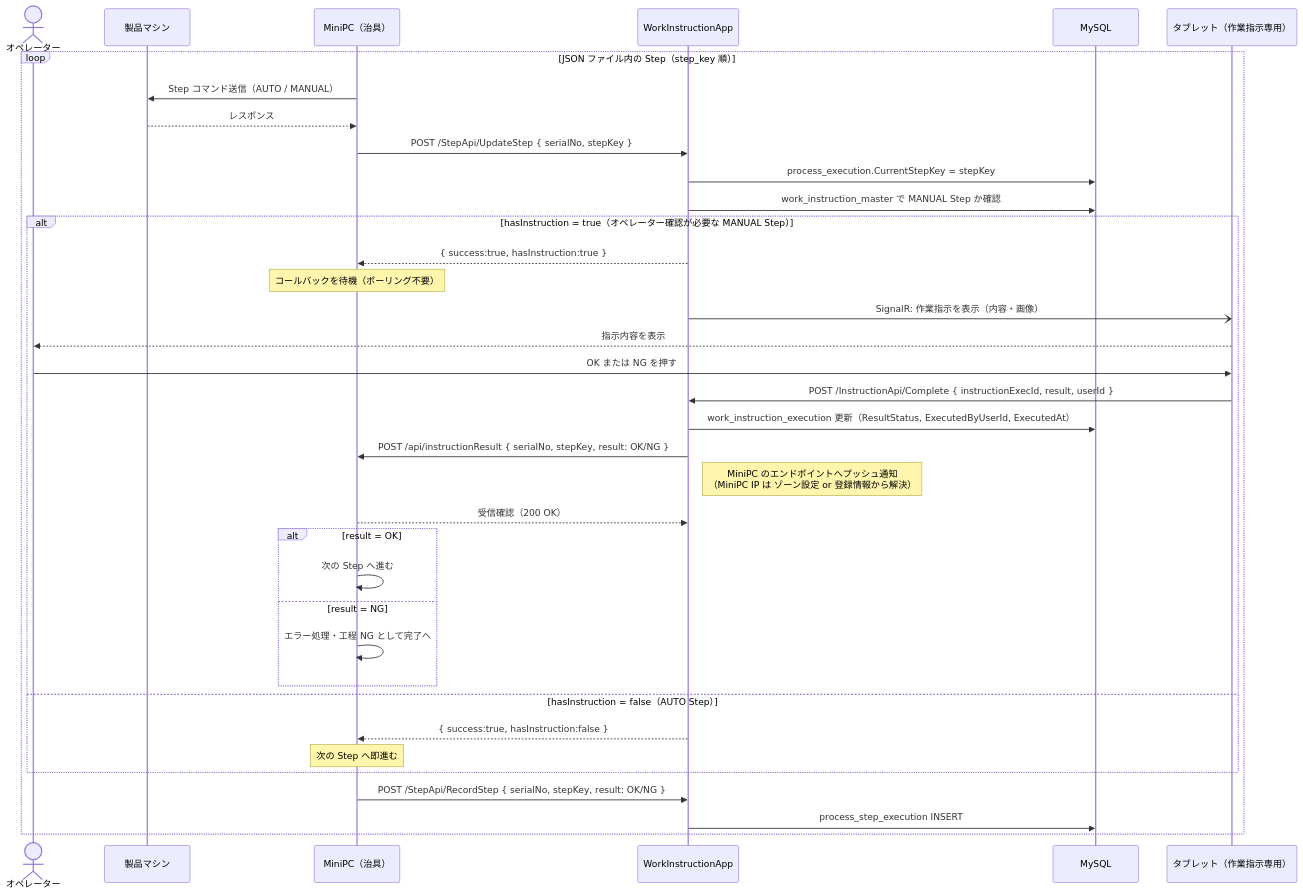
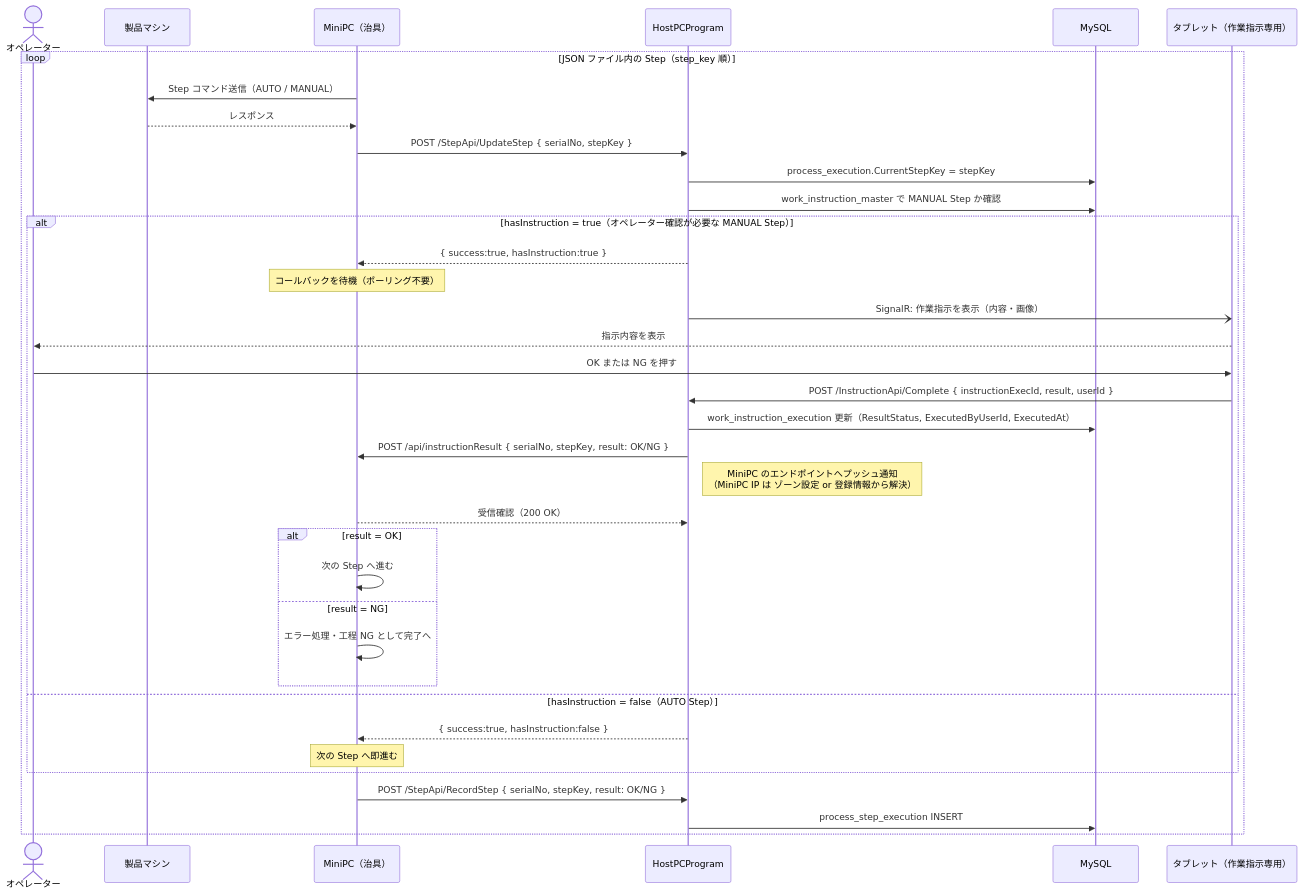
Before and after one commit to namagi14-lab/spica-warranty-design: the fifth of 11 diagrams in docs/07_system_design.md, drawn with Mermaid. The commit also changed other lines of this file and 7 other files, not shown here.

First line of the commit message:
fix: WorkInstructionApp→HostPCProgram に文言統一、README目次を更新

````diff
--- a/docs/07_system_design.md
+++ b/docs/07_system_design.md
@@ -215,47 +215,47 @@
 ```mermaid
 sequenceDiagram
     actor Op as オペレーター
     participant Machine as 製品マシン
     participant MiniPC as MiniPC（治具）
-    participant App as WorkInstructionApp
+    participant App as HostPCProgram
     participant DB as MySQL
     participant Tablet as タブレット（作業指示専用）
 
     loop JSON ファイル内の Step（step_key 順）
         MiniPC->>Machine: Step コマンド送信（AUTO / MANUAL）
         Machine-->>MiniPC: レスポンス
 
         MiniPC->>App: POST /StepApi/UpdateStep { serialNo, stepKey }
         App->>DB: process_execution.CurrentStepKey = stepKey
         App->>DB: work_instruction_master で MANUAL Step か確認
 
         alt hasInstruction = true（オペレーター確認が必要な MANUAL Step）
             App-->>MiniPC: { success:true, hasInstruction:true }
             Note over MiniPC: コールバックを待機（ポーリング不要）
 
             App-)Tablet: SignalR: 作業指示を表示（内容・画像）
             Tablet-->>Op: 指示内容を表示
 
             Op->>Tablet: OK または NG を押す
             Tablet->>App: POST /InstructionApi/Complete { instructionExecId, result, userId }
             App->>DB: work_instruction_execution 更新（ResultStatus, ExecutedByUserId, ExecutedAt）
 
             App->>MiniPC: POST /api/instructionResult { serialNo, stepKey, result: OK/NG }
             Note right of App: MiniPC のエンドポイントへプッシュ通知<br/>（MiniPC IP は ゾーン設定 or 登録情報から解決）
             MiniPC-->>App: 受信確認（200 OK）
 
             alt result = OK
                 MiniPC->>MiniPC: 次の Step へ進む
             else result = NG
                 MiniPC->>MiniPC: エラー処理・工程 NG として完了へ
             end
 
         else hasInstruction = false（AUTO Step）
             App-->>MiniPC: { success:true, hasInstruction:false }
             Note over MiniPC: 次の Step へ即進む
         end
 
         MiniPC->>App: POST /StepApi/RecordStep { serialNo, stepKey, result: OK/NG }
         App->>DB: process_step_execution INSERT
     end
 ```
````
